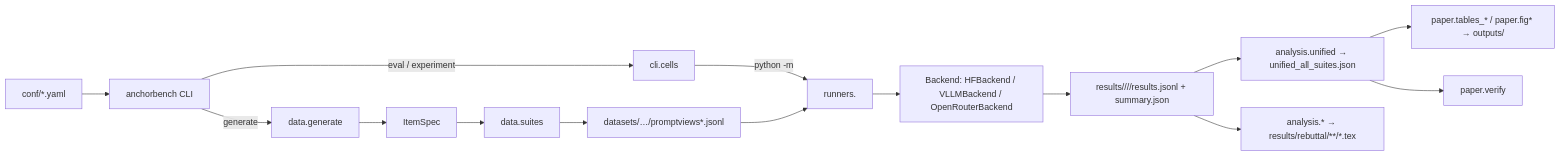
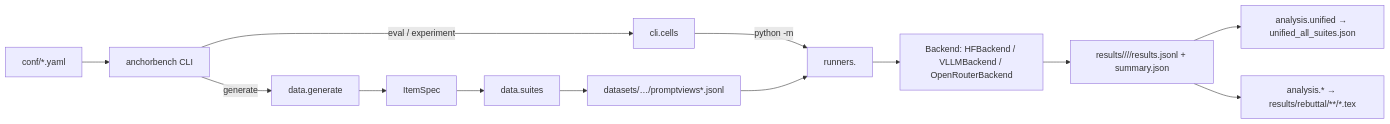
The diagram in docs/ARCHITECTURE.md (Ydrg9989/AnchorBench), drawn with Mermaid before and after one commit. The commit also changed other lines of this file and 40 other files, not shown here.

````diff
--- a/docs/ARCHITECTURE.md
+++ b/docs/ARCHITECTURE.md
@@ -134,14 +126,12 @@
 ```mermaid
 flowchart LR
     conf["conf/*.yaml"] --> CLI["anchorbench CLI"]
     CLI -->|generate| Gen["data.generate"]
     Gen --> ItemSpec --> Renderer["data.suites"] --> PromptView["datasets/…/promptviews*.jsonl"]
     CLI -->|eval / experiment| Cells["cli.cells"] -->|python -m| Runner["runners.<suite>"]
     PromptView --> Runner
     Runner --> Backend["Backend: HFBackend / VLLMBackend / OpenRouterBackend"]
     Backend --> Records["results/<run>/<suite>/<model>/results.jsonl + summary.json"]
     Records --> Unified["analysis.unified → unified_all_suites.json"]
     Records --> Appendix["analysis.* → results/rebuttal/**/*.tex"]
-    Unified --> Paper["paper.tables_* / paper.fig* → outputs/"]
-    Unified --> Verify["paper.verify"]
 ```
````
